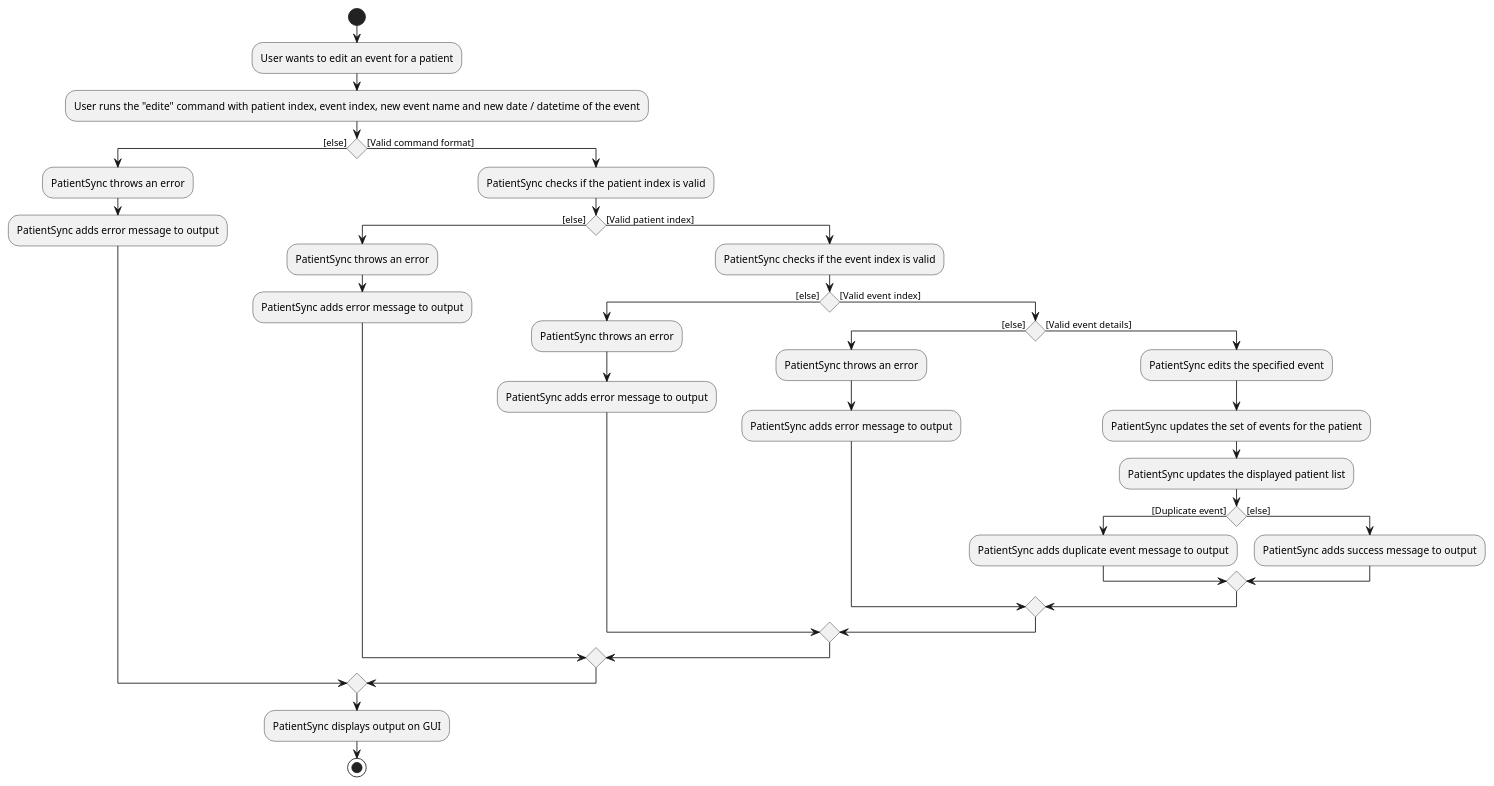
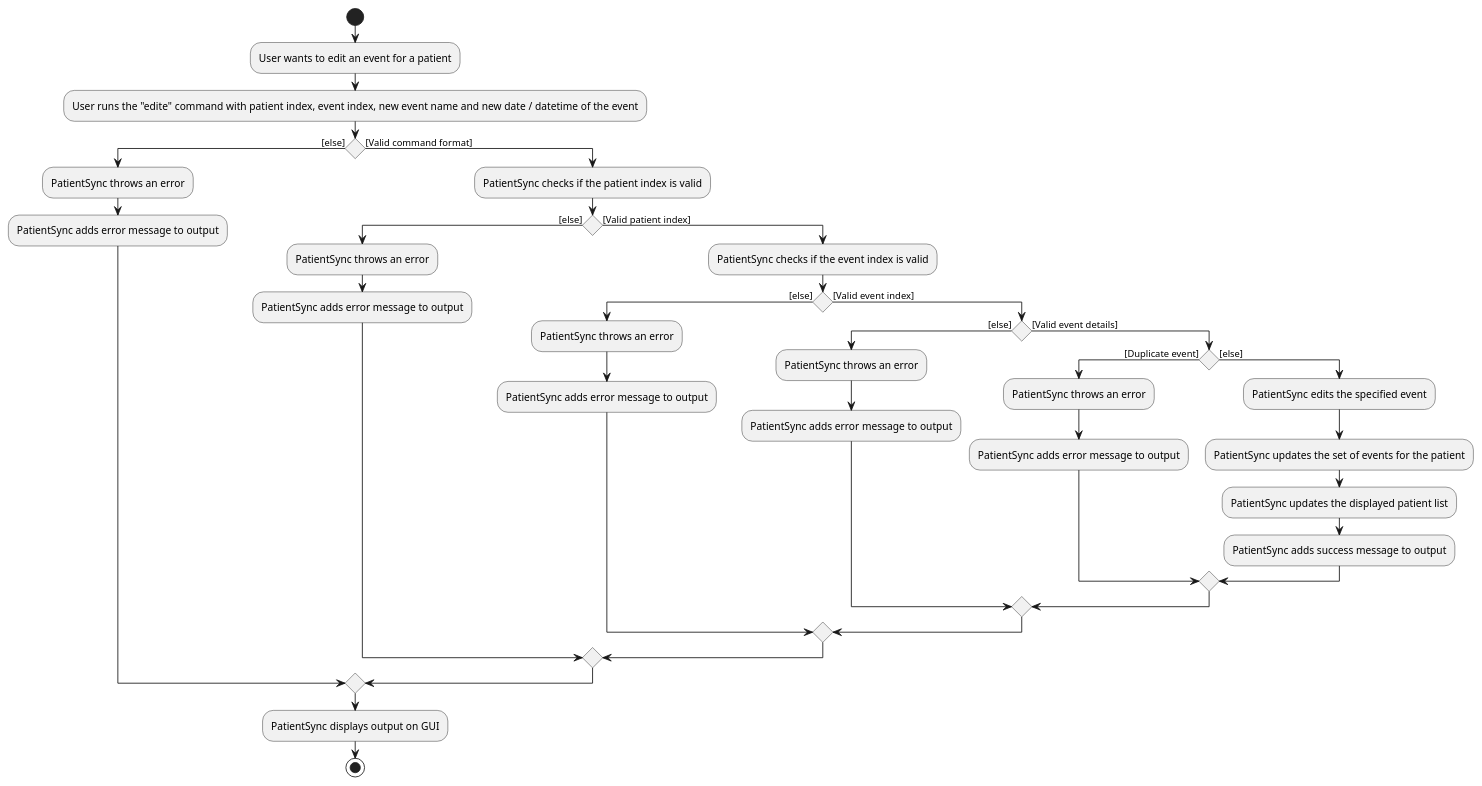
Before and after one commit to NeoHW/tp: the diagram in docs/diagrams/EditEventActivityDiagram.puml, drawn with PlantUML.

Commit message:
Update EditEventActivityDiagram to the correct workflow

```diff
--- a/docs/diagrams/EditEventActivityDiagram.puml
+++ b/docs/diagrams/EditEventActivityDiagram.puml
@@ -1,37 +1,38 @@
 @startuml
 start
 :User wants to edit an event for a patient;
 :User runs the "edite" command with patient index, event index, new event name and new date / datetime of the event;
 if () then ([else])
     :PatientSync throws an error;
     :PatientSync adds error message to output;
 else ([Valid command format])
     :PatientSync checks if the patient index is valid;
     if () then ([else])
         :PatientSync throws an error;
         :PatientSync adds error message to output;
     else ([Valid patient index])
         :PatientSync checks if the event index is valid;
         if () then ([else])
             :PatientSync throws an error;
             :PatientSync adds error message to output;
         else ([Valid event index])
             if () then ([else])
                 :PatientSync throws an error;
                 :PatientSync adds error message to output;
             else ([Valid event details])
-                :PatientSync edits the specified event;
-                :PatientSync updates the set of events for the patient;
-                :PatientSync updates the displayed patient list;
                 if () then ([Duplicate event])
-                    :PatientSync adds duplicate event message to output;
+                    :PatientSync throws an error;
+                    :PatientSync adds error message to output;
                 else ([else])
+                    :PatientSync edits the specified event;
+                    :PatientSync updates the set of events for the patient;
+                    :PatientSync updates the displayed patient list;
                     :PatientSync adds success message to output;
                 endif
             endif
         endif
     endif
 endif
 :PatientSync displays output on GUI;
 stop
 @enduml
```
